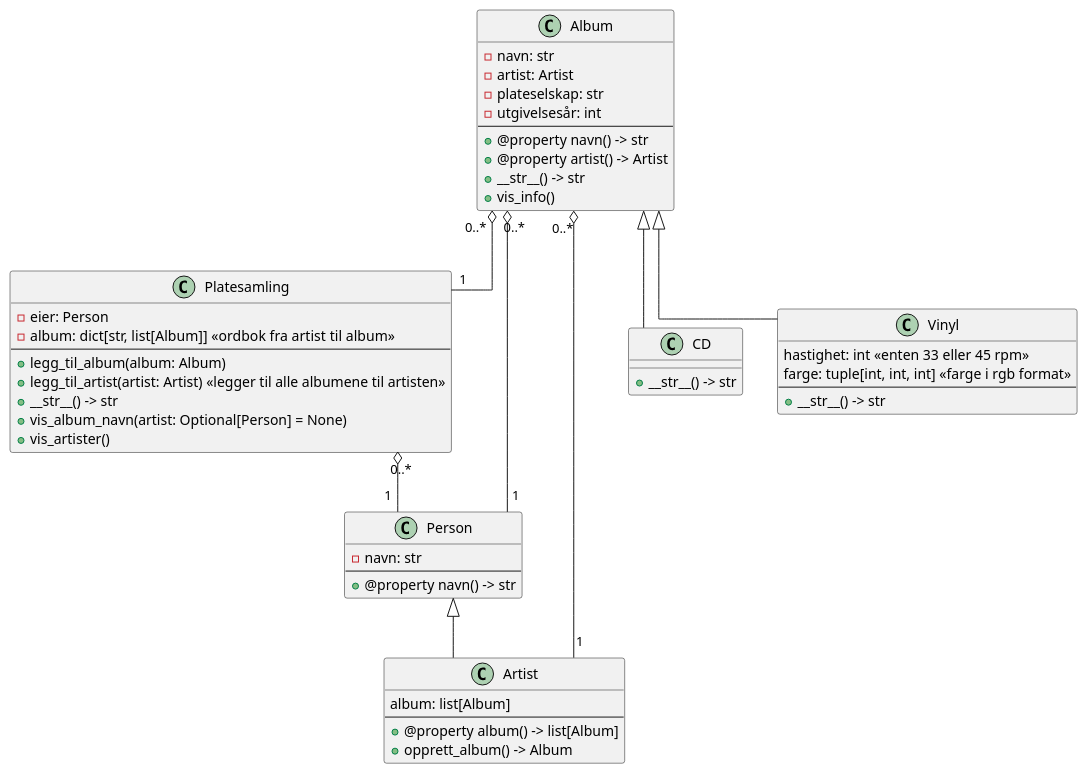
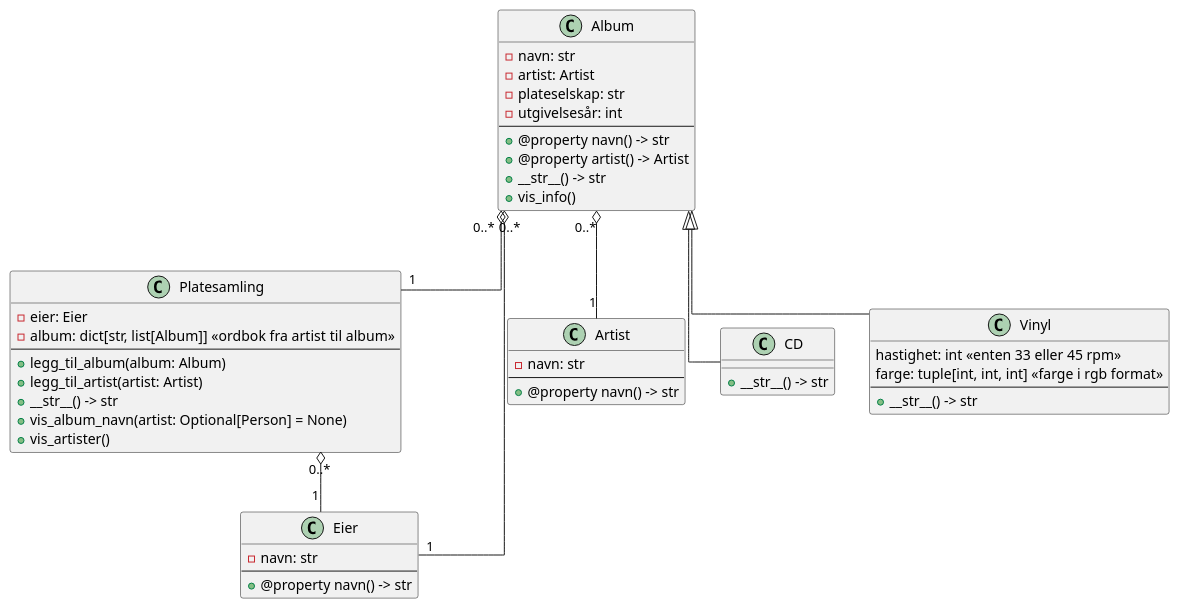
One commit to DanielGrotan/it2 changed the diagram in periode2/platesamling/modell.puml. Above: the diagram before and after it, drawn with PlantUML.

Commit message:
modify diagram

```diff
--- a/periode2/platesamling/modell.puml
+++ b/periode2/platesamling/modell.puml
@@ -1,63 +1,60 @@
 @startuml modell
 
 skinparam linetype ortho
 
 class Platesamling {
-    -eier: Person
+    -eier: Eier
     -album: dict[str, list[Album]] <<ordbok fra artist til album>>
     --
     +legg_til_album(album: Album)
-    +legg_til_artist(artist: Artist) <<legger til alle albumene til artisten>>
+    +legg_til_artist(artist: Artist)
     +__str__() -> str
     +vis_album_navn(artist: Optional[Person] = None)
     +vis_artister()
 }
 
-class Person {
+class Eier {
     -navn: str
     --
     +@property navn() -> str
 }
 
 class Artist {
-    album: list[Album]
+    -navn: str
     --
-    +@property album() -> list[Album]
-    +opprett_album() -> Album
+    +@property navn() -> str
 }
 
 class Album {
     -navn: str
     -artist: Artist
     -plateselskap: str
     -utgivelsesår: int
     --
     +@property navn() -> str
     +@property artist() -> Artist
     +__str__() -> str
     +vis_info()
 }
 
 class CD {
     +__str__() -> str
 }
 
 class Vinyl {
     hastighet: int <<enten 33 eller 45 rpm>>
     farge: tuple[int, int, int] <<farge i rgb format>>
     --
     +__str__() -> str
 }
 
 Album <|-- CD
 Album <|-- Vinyl
 
-Person <|-- Artist
-
-Platesamling "0..*" o-- "1" Person
+Platesamling "0..*" o-- "1" Eier
 Album "0..*" o-- "1" Platesamling
-Album  "0..*" o-- "1" Person
+Album  "0..*" o-- "1" Eier
 Album "0..*" o-- "1" Artist
 
 
 @enduml
```
